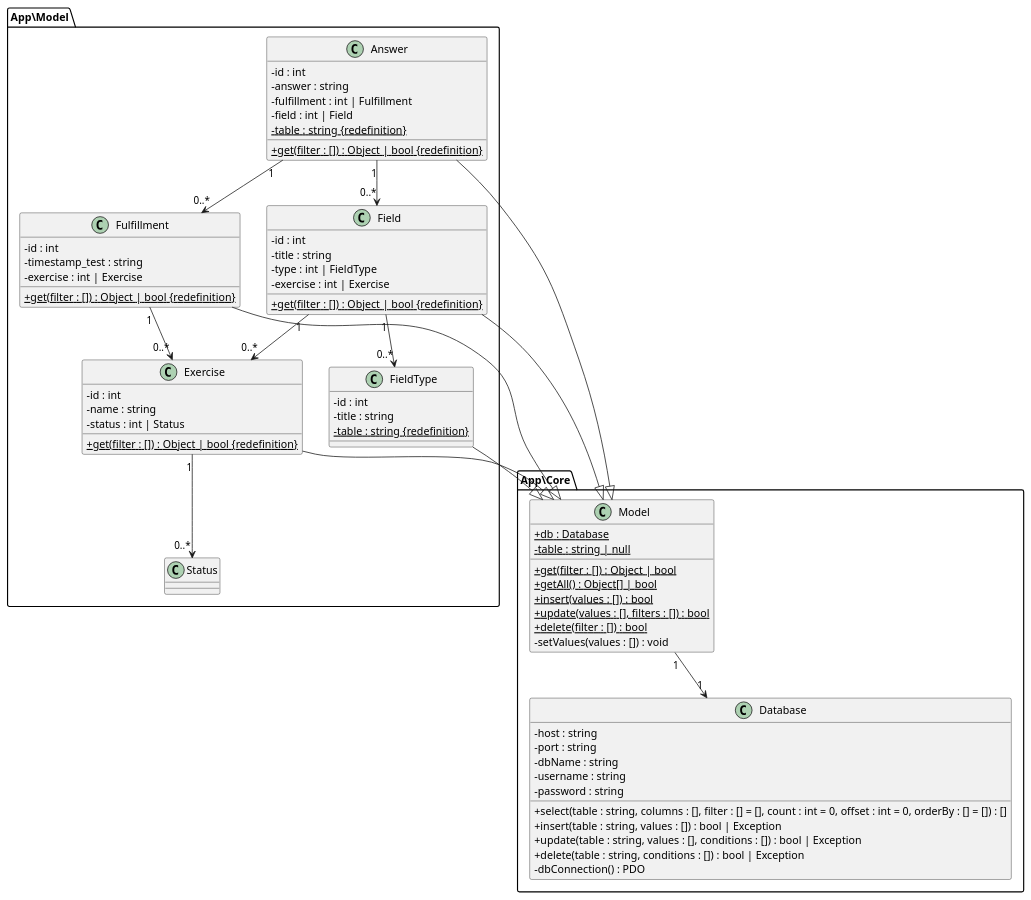
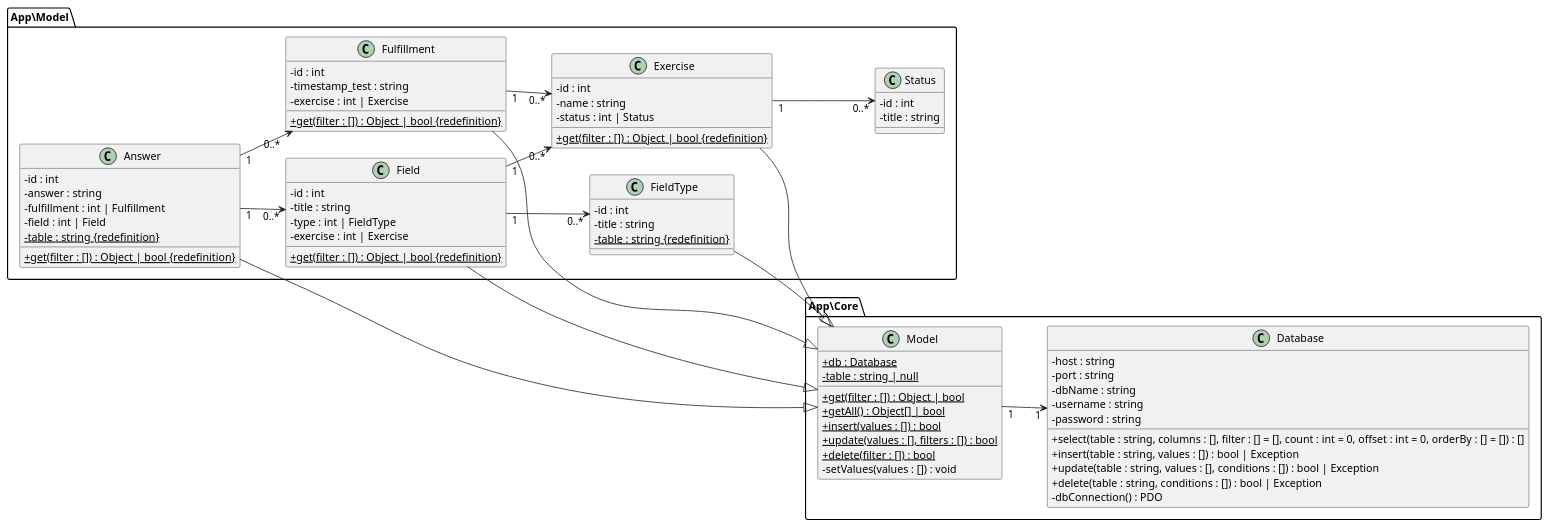
Before and after one commit to CPNV-ES/MAW_Looper_DDS-GWI: the diagram in docs/ClassDiagram.puml, drawn with PlantUML.

Commit message:
docs: Update diagram, forgot Status class

```diff
--- a/docs/ClassDiagram.puml
+++ b/docs/ClassDiagram.puml
@@ -1,84 +1,90 @@
 @startuml
 
 skinparam classAttributeIconSize 0
+left to right direction
 
 package App\Core{
     class Model {
         + {static} db : Database
         - {static} table : string | null
         + {static} get(filter : []) : Object | bool
         + {static} getAll() : Object[] | bool
         + {static} insert(values : []) : bool
         + {static} update(values : [], filters : []) : bool
         + {static} delete(filter : []) : bool
         - setValues(values : []) : void
     }
 
     class Database {
         - host : string
         - port : string
         - dbName : string
         - username : string
         - password : string
         + select(table : string, columns : [], filter : [] = [], count : int = 0, offset : int = 0, orderBy : [] = []) : []
         + insert(table : string, values : []) : bool | Exception
         + update(table : string, values : [], conditions : []) : bool | Exception
         + delete(table : string, conditions : []) : bool | Exception
         - dbConnection() : PDO
     }
 
     Model "1" --> "1" Database
 }
 
 package App\Model{
     class Answer{
         - id : int
         - answer : string
         - fulfillment : int | Fulfillment
         - field : int | Field
         - {static} table : string {redefinition}
         + {static} get(filter : []) : Object | bool {redefinition}
     }
     Answer "1" --> "0..*" Fulfillment
     Answer "1" --> "0..*" Field
 
     class Field{
         - id : int
         - title : string
         - type : int | FieldType
         - exercise : int | Exercise
         + {static} get(filter : []) : Object | bool {redefinition}
     }
     Field "1" --> "0..*" FieldType
     Field "1" --> "0..*" Exercise
 
     class Exercise{
         - id : int
         - name : string
         - status : int | Status
         + {static} get(filter : []) : Object | bool {redefinition}
     }
     Exercise "1" --> "0..*" Status
 
     class FieldType{
         - id : int
         - title : string
         - {static} table : string {redefinition}
     }
 
     class Fulfillment{
         - id : int
         - timestamp_test : string
         - exercise : int | Exercise
         + {static} get(filter : []) : Object | bool {redefinition}
     }
     Fulfillment "1" --> "0..*" Exercise
+
+    class Status{
+        - id : int
+        - title : string
+    }
 }
 
 Answer --|> Model
 Field --|> Model
 Exercise --|> Model
 FieldType --|> Model
 Fulfillment --|> Model
 
 @enduml
```
